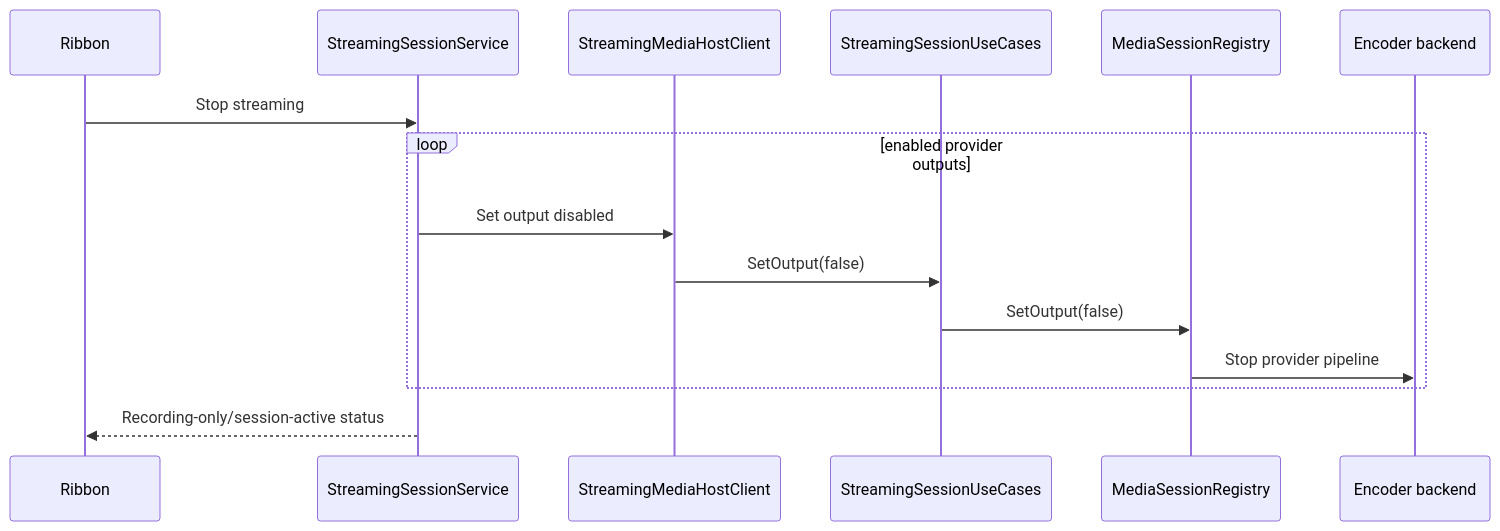
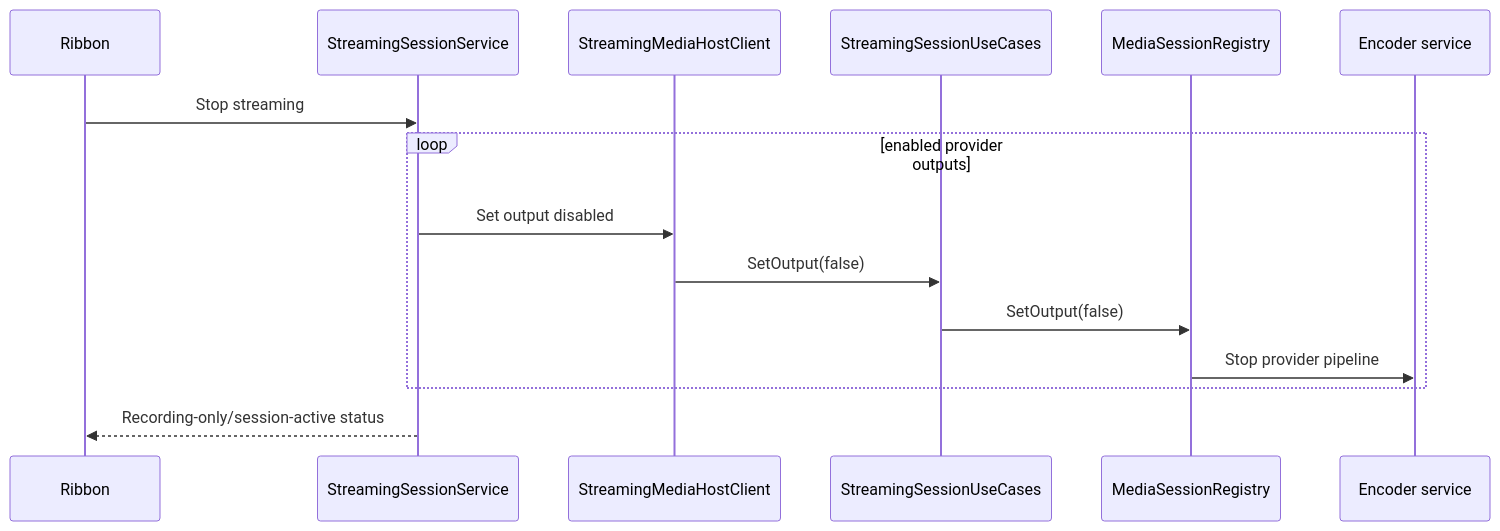
Before and after one commit to Michi0403/BlazorPublisher: the third of 3 diagrams in PublisherStudio/docs/architecture/streaming.md, drawn with Mermaid. The commit also changed other lines of this file and 78 other files, not shown here.

````diff
--- a/PublisherStudio/docs/architecture/streaming.md
+++ b/PublisherStudio/docs/architecture/streaming.md
@@ -51,18 +61,18 @@
 ```mermaid
 sequenceDiagram
     participant UI as Ribbon
     participant E as StreamingSessionService
     participant F as StreamingMediaHostClient
     participant U as StreamingSessionUseCases
     participant R as MediaSessionRegistry
-    participant B as Encoder backend
+    participant S as Encoder service
 
     UI->>E: Stop streaming
     loop enabled provider outputs
         E->>F: Set output disabled
         F->>U: SetOutput(false)
         U->>R: SetOutput(false)
-        R->>B: Stop provider pipeline
+        R->>S: Stop provider pipeline
     end
     E-->>UI: Recording-only/session-active status
 ```
````
